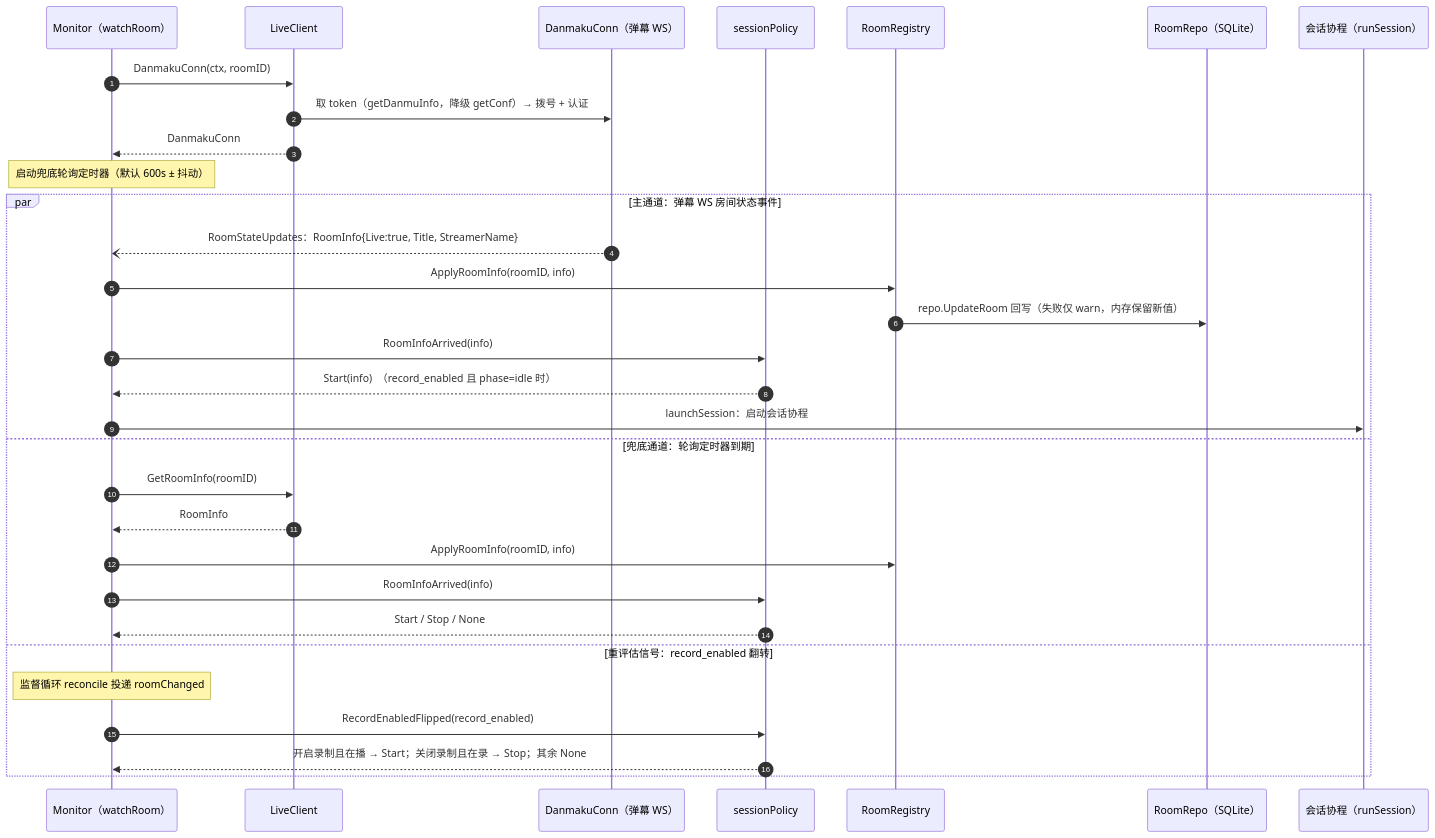
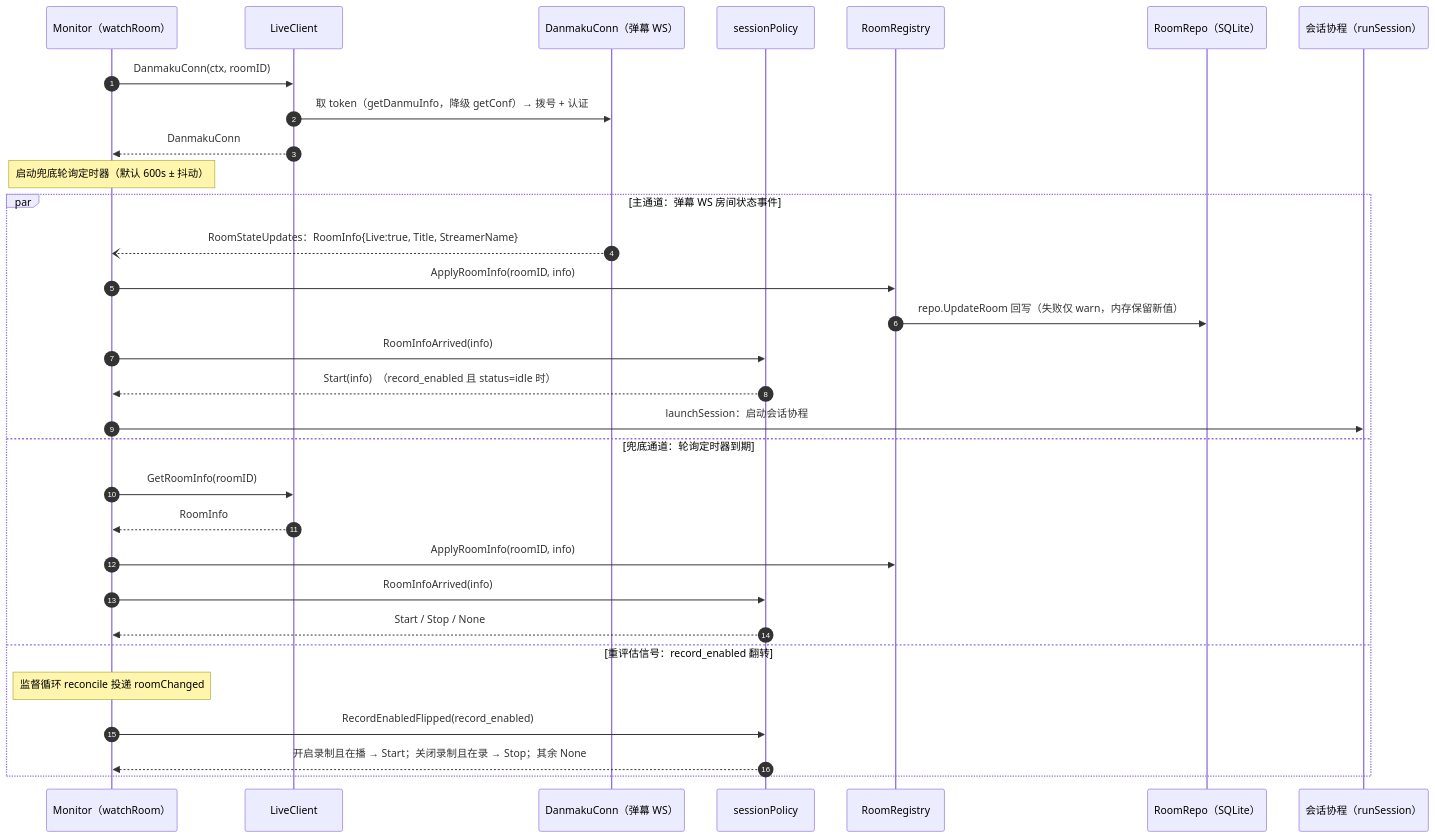
The fourth of 10 diagrams in docs/design/architecture-diagrams.md (xgbt/suika), drawn with Mermaid before and after one commit. The commit also changed other lines of this file and 7 other files, not shown here.

````diff
--- a/docs/design/architecture-diagrams.md
+++ b/docs/design/architecture-diagrams.md
@@ -204,35 +204,35 @@
 ```mermaid
 sequenceDiagram
     autonumber
     participant M as Monitor（watchRoom）
     participant LC as LiveClient
     participant DC as DanmakuConn（弹幕 WS）
     participant P as sessionPolicy
     participant G as RoomRegistry
     participant R as RoomRepo（SQLite）
     participant Sess as 会话协程（runSession）
 
     M->>LC: DanmakuConn(ctx, roomID)
     LC->>DC: 取 token（getDanmuInfo，降级 getConf）→ 拨号 + 认证
     LC-->>M: DanmakuConn
     Note over M: 启动兜底轮询定时器（默认 600s ± 抖动）
 
     par 主通道：弹幕 WS 房间状态事件
         DC--)M: RoomStateUpdates：RoomInfo{Live:true, Title, StreamerName}
         M->>G: ApplyRoomInfo(roomID, info)
         G->>R: repo.UpdateRoom 回写（失败仅 warn，内存保留新值）
         M->>P: RoomInfoArrived(info)
-        P-->>M: Start(info)　（record_enabled 且 phase=idle 时）
+        P-->>M: Start(info)　（record_enabled 且 status=idle 时）
         M->>Sess: launchSession：启动会话协程
     and 兜底通道：轮询定时器到期
         M->>LC: GetRoomInfo(roomID)
         LC-->>M: RoomInfo
         M->>G: ApplyRoomInfo(roomID, info)
         M->>P: RoomInfoArrived(info)
         P-->>M: Start / Stop / None
     and 重评估信号：record_enabled 翻转
         Note over M: 监督循环 reconcile 投递 roomChanged
         M->>P: RecordEnabledFlipped(record_enabled)
         P-->>M: 开启录制且在播 → Start；关闭录制且在录 → Stop；其余 None
     end
 ```
````
